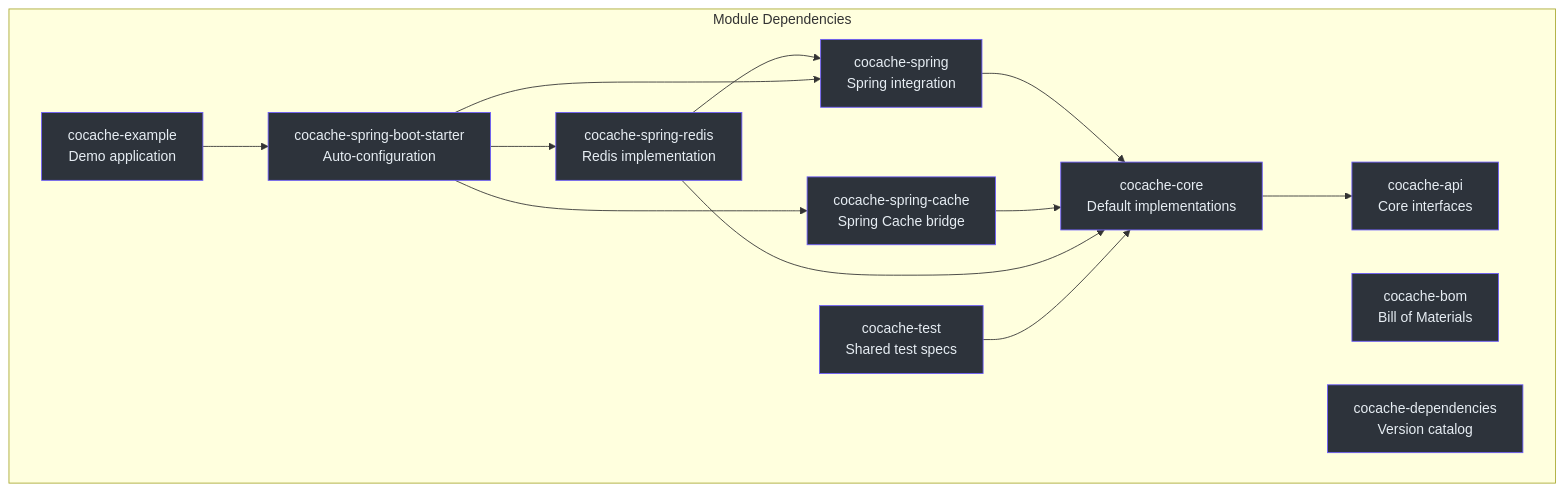
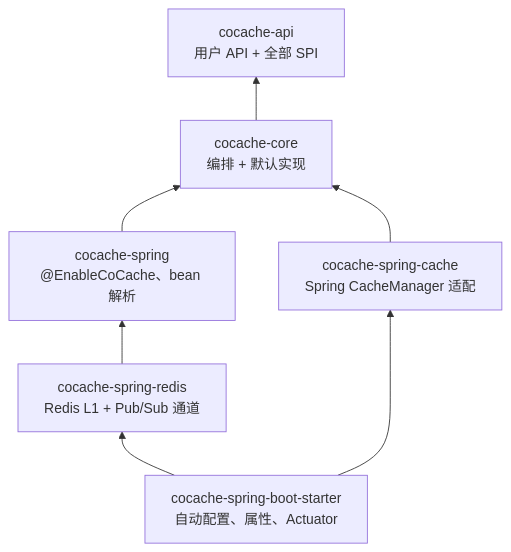
Before and after one commit to Ahoo-Wang/CoCache: the first of 2 diagrams in wiki/zh/architecture/index.md, drawn with Mermaid. The commit also changed other lines of this file and 94 other files, not shown here.

````diff
--- a/wiki/zh/architecture/index.md
+++ b/wiki/zh/architecture/index.md
@@ -14,39 +24,15 @@
 ```mermaid
-graph TD
-    subgraph sg_10 ["Module Dependencies"]
-
-        api["cocache-api<br>Core interfaces"]
-        core["cocache-core<br>Default implementations"]
-        spring["cocache-spring<br>Spring integration"]
-        springCache["cocache-spring-cache<br>Spring Cache bridge"]
-        springRedis["cocache-spring-redis<br>Redis implementation"]
-        springBoot["cocache-spring-boot-starter<br>Auto-configuration"]
-        test["cocache-test<br>Shared test specs"]
-        bom["cocache-bom<br>Bill of Materials"]
-        deps["cocache-dependencies<br>Version catalog"]
-        example["cocache-example<br>Demo application"]
-    end
-
+flowchart BT
+    api["cocache-api<br>用户 API + 全部 SPI"]
+    core["cocache-core<br>编排 + 默认实现"]
+    spring["cocache-spring<br>@EnableCoCache、bean 解析"]
+    redis["cocache-spring-redis<br>Redis L1 + Pub/Sub 通道"]
+    scache["cocache-spring-cache<br>Spring CacheManager 适配"]
+    starter["cocache-spring-boot-starter<br>自动配置、属性、Actuator"]
     core --> api
     spring --> core
-    springCache --> core
-    springRedis --> core
-    springRedis --> spring
-    springBoot --> spring
-    springBoot --> springCache
-    springBoot --> springRedis
-    test --> core
-    example --> springBoot
-
-    style api fill:#2d333b,stroke:#6d5dfc,color:#e6edf3
-    style core fill:#2d333b,stroke:#6d5dfc,color:#e6edf3
-    style spring fill:#2d333b,stroke:#6d5dfc,color:#e6edf3
-    style springCache fill:#2d333b,stroke:#6d5dfc,color:#e6edf3
-    style springRedis fill:#2d333b,stroke:#6d5dfc,color:#e6edf3
-    style springBoot fill:#2d333b,stroke:#6d5dfc,color:#e6edf3
-    style test fill:#2d333b,stroke:#6d5dfc,color:#e6edf3
-    style bom fill:#2d333b,stroke:#6d5dfc,color:#e6edf3
-    style deps fill:#2d333b,stroke:#6d5dfc,color:#e6edf3
-    style example fill:#2d333b,stroke:#6d5dfc,color:#e6edf3
-
+    redis --> spring
+    scache --> core
+    starter --> redis
+    starter --> scache
 ```
````
